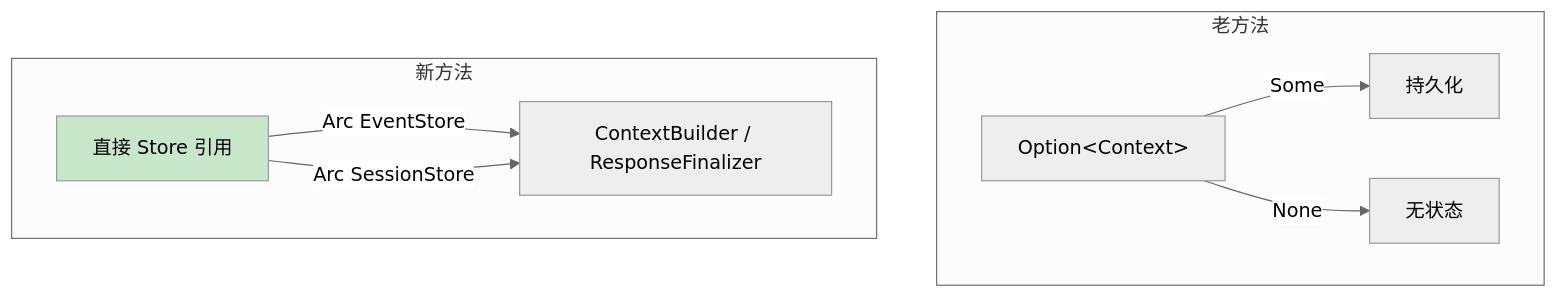
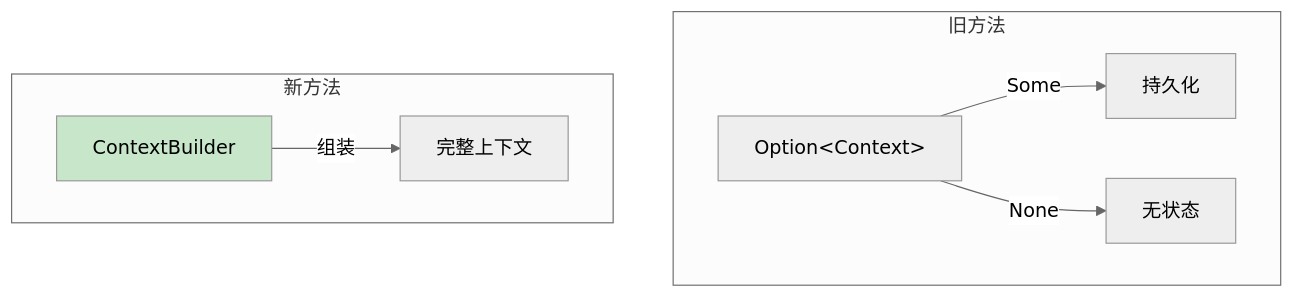
Diagram 12 of 20 in docs/architecture.md (yeheng/nanobot-rs), drawn with Mermaid (neutral theme) before and after one commit. The commit also changed other lines of this file and 41 other files, not shown here.

````diff
--- a/docs/architecture.md
+++ b/docs/architecture.md
@@ -393,16 +395,15 @@
 ```mermaid
 flowchart TB
-    subgraph 老方法
+    subgraph 旧方法
         O["Option&lt;Context&gt;"]
         O -->|Some| P[持久化]
         O -->|None| S[无状态]
     end
 
     subgraph 新方法
-        E["直接 Store 引用"]
-        E -->|Arc EventStore| P2[ContextBuilder / ResponseFinalizer]
-        E -->|Arc SessionStore| P2
+        CB[ContextBuilder]
+        CB -->|组装| CTX[完整上下文]
     end
 
-    style E fill:#C8E6C9
+    style CB fill:#C8E6C9
 ```
````
